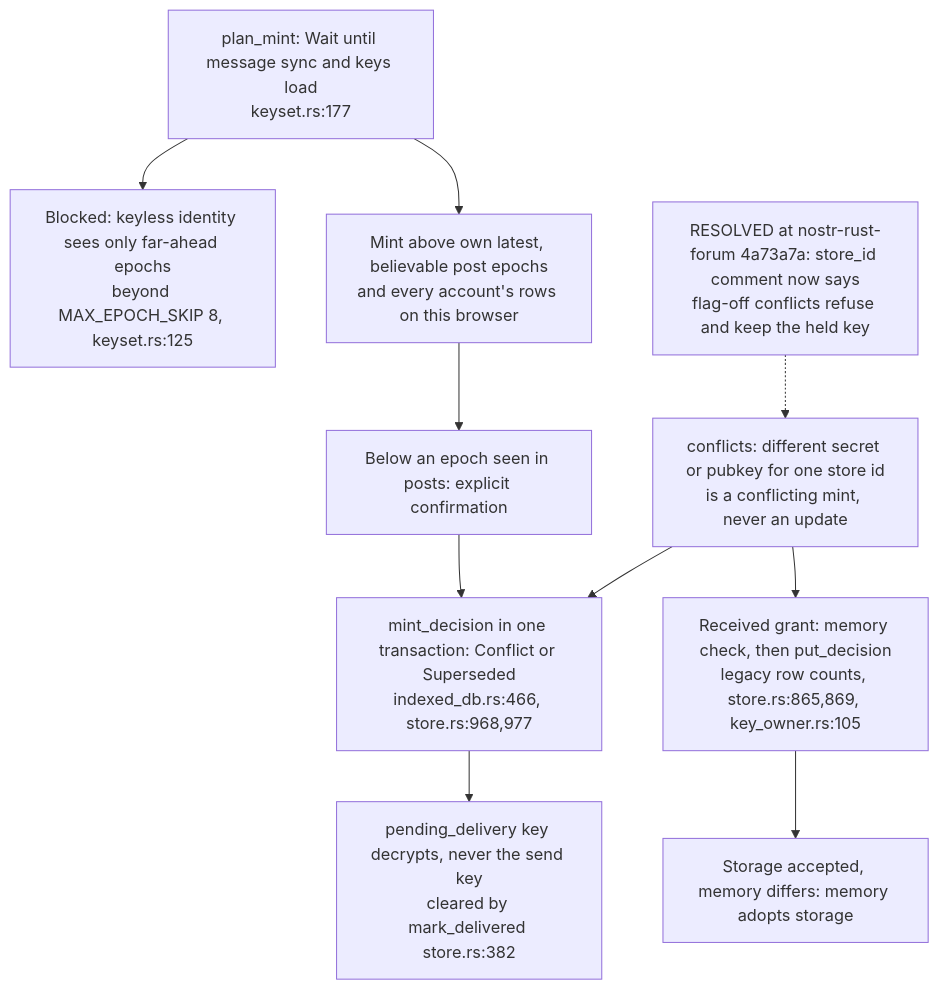
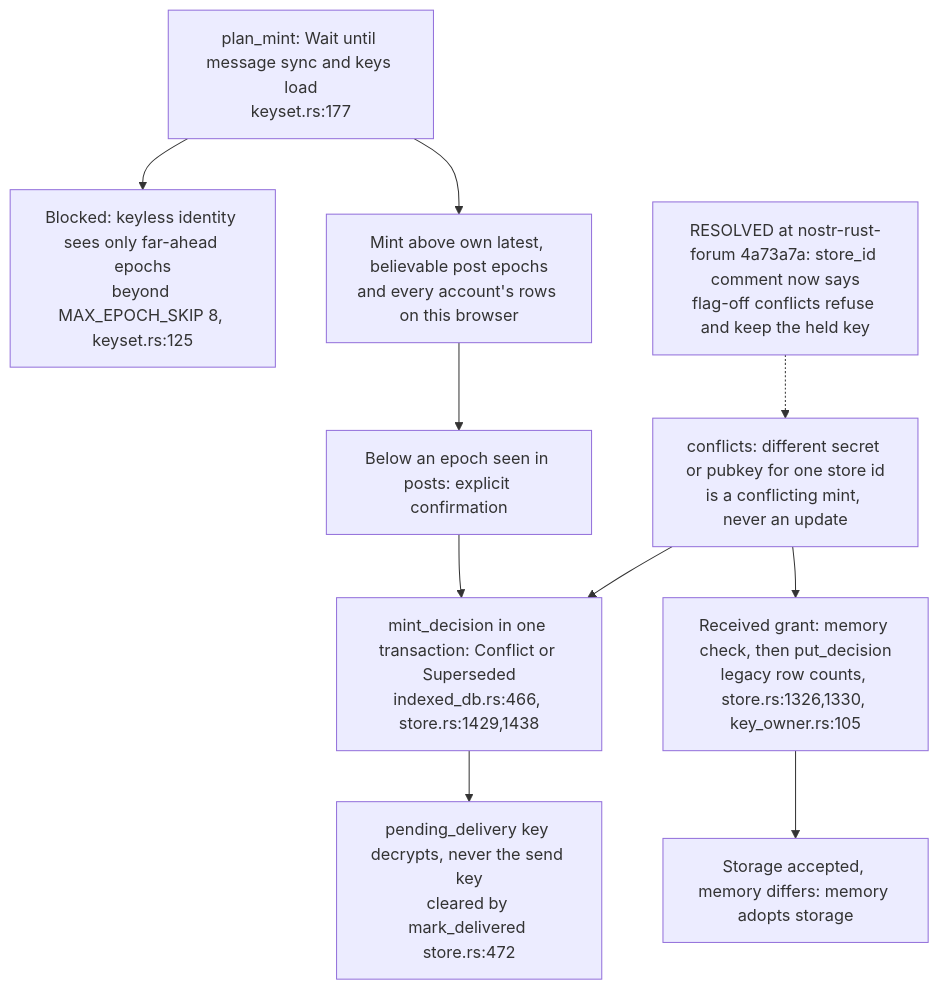
The sixth of 10 diagrams in docs/diagrams/nostr-rust-forum/27-zone-key-distribution-and-recovery.md (DreamLab-AI/VisionFlow), drawn with Mermaid before and after one commit. The commit also changed other lines of this file and 23 other files, not shown here.

First line of the commit message:
docs(diagrams): pass C nostr-rust-forum area re-verified at de31aaa

````diff
--- a/docs/diagrams/nostr-rust-forum/27-zone-key-distribution-and-recovery.md
+++ b/docs/diagrams/nostr-rust-forum/27-zone-key-distribution-and-recovery.md
@@ -148,28 +161,28 @@
 ```mermaid
 flowchart TB
     %% Source: ../nostr-rust-forum/crates/nostr-bbs-forum-client/src/zone_crypto/keyset.rs:169
     PLAN["plan_mint: Wait until message sync and keys load<br/>keyset.rs:177"]
     %% Source: ../nostr-rust-forum/crates/nostr-bbs-forum-client/src/zone_crypto/keyset.rs:220
     BLK["Blocked: keyless identity sees only far-ahead epochs<br/>beyond MAX_EPOCH_SKIP 8, keyset.rs:125"]
     %% Source: ../nostr-rust-forum/crates/nostr-bbs-forum-client/src/zone_crypto/keyset.rs:234
     MINT["Mint above own latest, believable post epochs<br/>and every account's rows on this browser"]
     %% Source: ../nostr-rust-forum/crates/nostr-bbs-forum-client/src/admin/zone_encryption.rs:444
     ASK["Below an epoch seen in posts: explicit confirmation"]
     %% Source: ../nostr-rust-forum/crates/nostr-bbs-forum-client/src/zone_crypto/key_owner.rs:131
-    MD["mint_decision in one transaction: Conflict or Superseded<br/>indexed_db.rs:466, store.rs:968,977"]
-    %% Source: ../nostr-rust-forum/crates/nostr-bbs-forum-client/src/zone_crypto/mod.rs:177
+    MD["mint_decision in one transaction: Conflict or Superseded<br/>indexed_db.rs:466, store.rs:1429,1438"]
+    %% Source: ../nostr-rust-forum/crates/nostr-bbs-forum-client/src/zone_crypto/mod.rs:183
     CF["conflicts: different secret or pubkey for one store id<br/>is a conflicting mint, never an update"]
-    %% Source: ../nostr-rust-forum/crates/nostr-bbs-forum-client/src/zone_crypto/store.rs:857
-    RX["Received grant: memory check, then put_decision<br/>legacy row counts, store.rs:865,869, key_owner.rs:105"]
-    %% Source: ../nostr-rust-forum/crates/nostr-bbs-forum-client/src/zone_crypto/store.rs:912
+    %% Source: ../nostr-rust-forum/crates/nostr-bbs-forum-client/src/zone_crypto/store.rs:1318
+    RX["Received grant: memory check, then put_decision<br/>legacy row counts, store.rs:1326,1330, key_owner.rs:105"]
+    %% Source: ../nostr-rust-forum/crates/nostr-bbs-forum-client/src/zone_crypto/store.rs:1373
     AD["Storage accepted, memory differs: memory adopts storage"]
     %% Source: ../nostr-rust-forum/crates/nostr-bbs-forum-client/src/zone_crypto/keyset.rs:81
-    PD["pending_delivery key decrypts, never the send key<br/>cleared by mark_delivered store.rs:382"]
+    PD["pending_delivery key decrypts, never the send key<br/>cleared by mark_delivered store.rs:472"]
     PLAN --> BLK
     PLAN --> MINT --> ASK --> MD --> PD
     CF --> MD
     CF --> RX --> AD
-    %% Source: ../nostr-rust-forum/crates/nostr-bbs-forum-client/src/zone_crypto/mod.rs:211
+    %% Source: ../nostr-rust-forum/crates/nostr-bbs-forum-client/src/zone_crypto/mod.rs:217
     DR["RESOLVED at nostr-rust-forum 4a73a7a: store_id comment now says<br/>flag-off conflicts refuse and keep the held key"]
     DR -.-> CF
 ```
````
